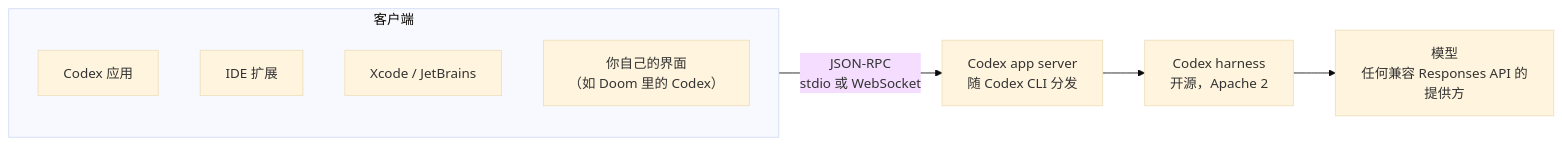
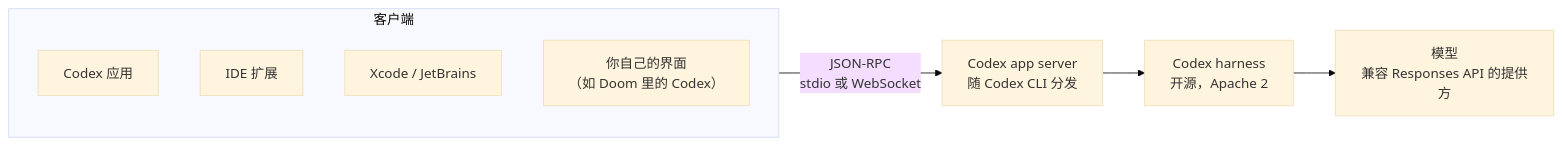
The diagram in docs/43-codex-app-server.md (yzw7489757/ai-coding-videos), drawn with Mermaid (base theme) before and after one commit. The commit also changed other lines of this file and 5 other files, not shown here.

````diff
--- a/docs/43-codex-app-server.md
+++ b/docs/43-codex-app-server.md
@@ -44,12 +61,12 @@
 ```mermaid
 flowchart LR
     subgraph Clients["客户端"]
         A1["Codex 应用"]
         A2["IDE 扩展"]
         A3["Xcode / JetBrains"]
         A4["你自己的界面<br/>（如 Doom 里的 Codex）"]
     end
     Clients -- "JSON-RPC<br/>stdio 或 WebSocket" --> S["Codex app server<br/>随 Codex CLI 分发"]
     S --> H["Codex harness<br/>开源，Apache 2"]
-    H --> M["模型<br/>任何兼容 Responses API 的提供方"]
+    H --> M["模型<br/>兼容 Responses API 的提供方"]
 ```
````
